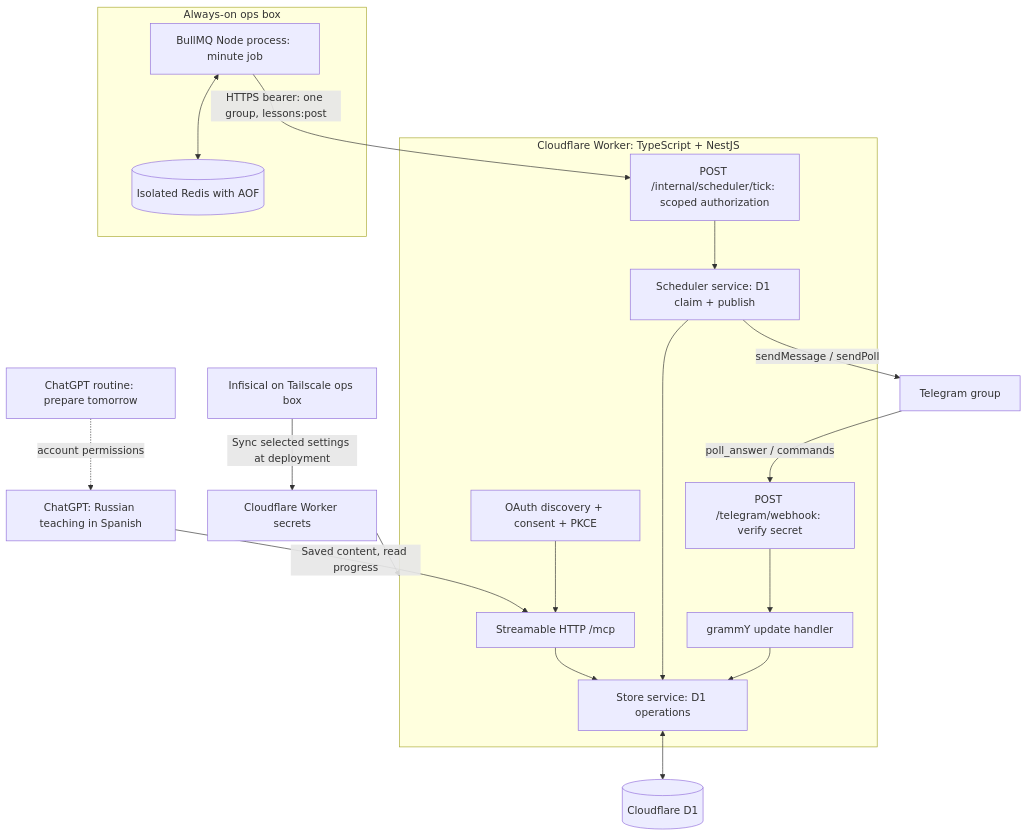
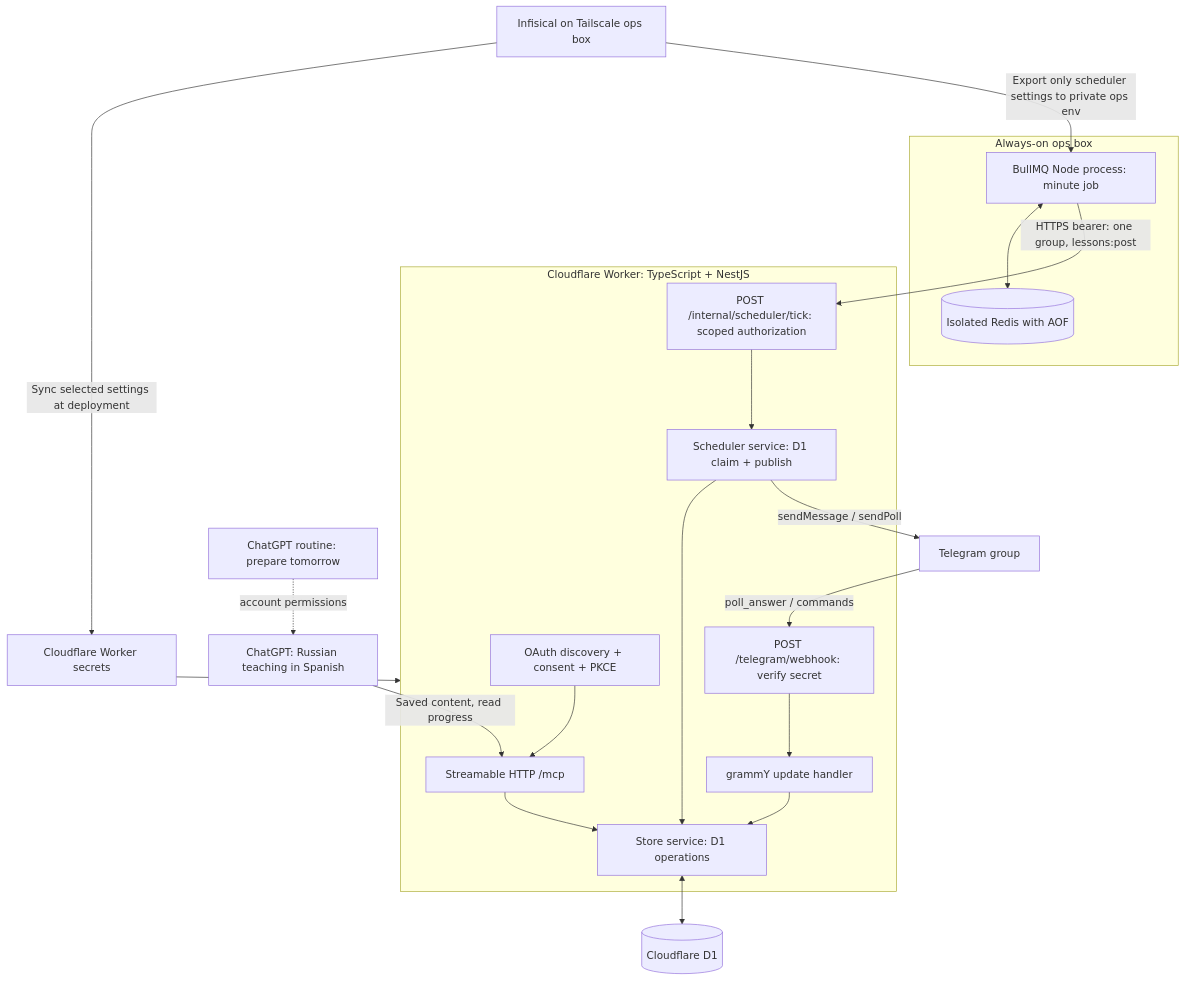
Before and after one commit to ArkadiiZon/telegram-russian-teacher: the first of 3 diagrams in docs/architecture.md, drawn with Mermaid. The commit also changed 2 other files, not shown here.

Commit message:
Document verified BullMQ rollout and scheduler secret flow

````diff
--- a/docs/architecture.md
+++ b/docs/architecture.md
@@ -3,22 +3,23 @@
 ```mermaid
 flowchart TD
   ChatGPT[ChatGPT: Russian teaching in Spanish] -->|Saved content, read progress| MCP
   Tasks[ChatGPT routine: prepare tomorrow] -. account permissions .-> ChatGPT
   subgraph Worker[Cloudflare Worker: TypeScript + NestJS]
     OAuth[OAuth discovery + consent + PKCE] --> MCP[Streamable HTTP /mcp]
     MCP --> Store[Store service: D1 operations]
     Tick[POST /internal/scheduler/tick: scoped authorization] --> Scheduler[Scheduler service: D1 claim + publish]
     Scheduler --> Store
     Hook[POST /telegram/webhook: verify secret] --> TelegramService[grammY update handler]
     TelegramService --> Store
   end
   subgraph OpsHost[Always-on ops box]
     Bull[BullMQ Node process: minute job] <--> Redis[(Isolated Redis with AOF)]
   end
   Bull -->|HTTPS bearer: one group, lessons:post| Tick
   Store <--> D1[(Cloudflare D1)]
   Scheduler -->|sendMessage / sendPoll| Telegram[Telegram group]
   Telegram -->|poll_answer / commands| Hook
   Ops[Infisical on Tailscale ops box] -->|Sync selected settings at deployment| Secrets[Cloudflare Worker secrets]
   Secrets --> Worker
+  Ops -->|Export only scheduler settings to private ops env| Bull
 ```
````
